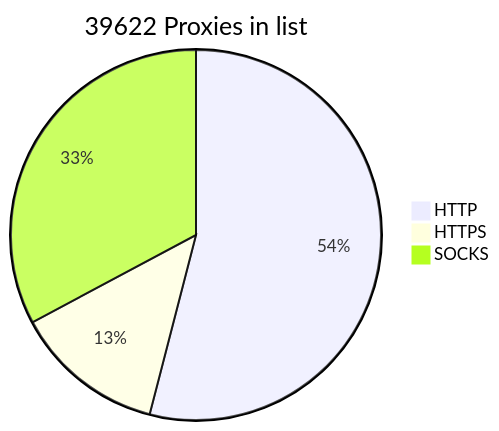
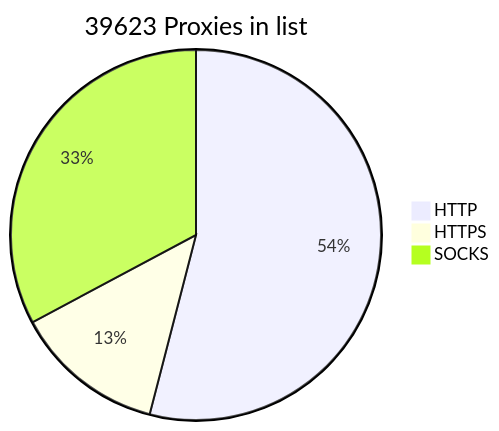
Before and after one commit to BlackSnowDot/proxylist-update-every-minute: the diagram in README.md, drawn with Mermaid.

````diff
--- a/README.md
+++ b/README.md
@@ -2,6 +2,6 @@
 ```mermaid
-pie title 39622 Proxies in list
-    "HTTP" : 23747
+pie title 39623 Proxies in list
+    "HTTP" : 23746
     "HTTPS": 5790
     "SOCKS" : 14419
 ```
````
